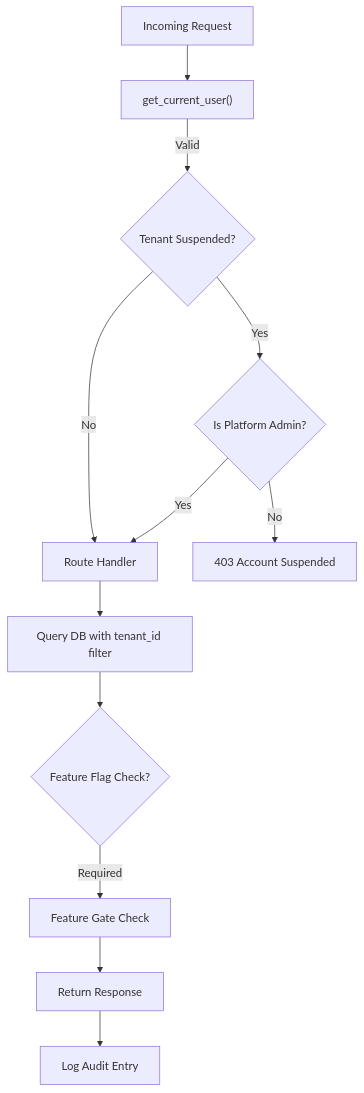
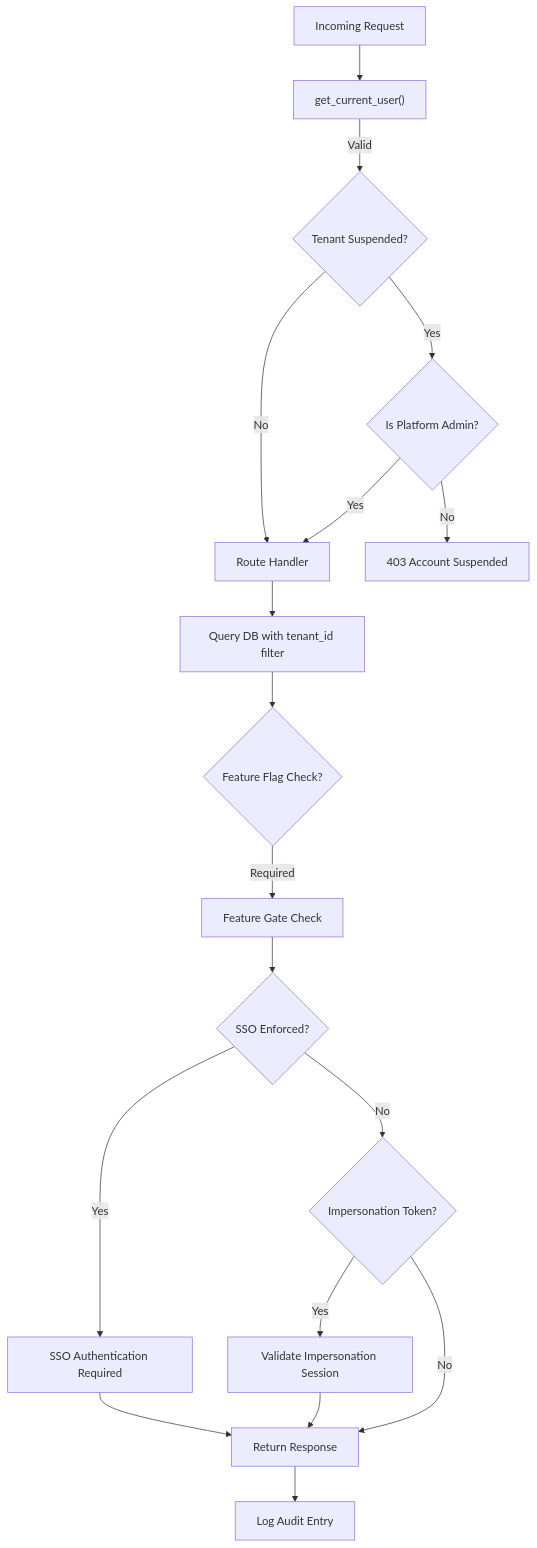
Before and after one commit to Revanththetalogics/aireume: diagram 20 of 22 in .qoder/repowiki/en/content/Multi-Tenant System/Multi-Tenant System.md, drawn with Mermaid. The commit also changed other lines of this file and 14 other files, not shown here.

````diff
--- a/.qoder/repowiki/en/content/Multi-Tenant System/Multi-Tenant System.md
+++ b/.qoder/repowiki/en/content/Multi-Tenant System/Multi-Tenant System.md
@@ -566,14 +1240,20 @@
 ```mermaid
 flowchart TD
 Req["Incoming Request"] --> Auth["get_current_user()"]
 Auth --> |Valid| CheckSuspension{"Tenant Suspended?"}
 CheckSuspension --> |Yes| CheckAdmin{"Is Platform Admin?"}
 CheckAdmin --> |Yes| Route["Route Handler"]
 CheckAdmin --> |No| Err["403 Account Suspended"]
 CheckSuspension --> |No| Route
 Route --> Q["Query DB with tenant_id filter"]
 Q --> FeatureCheck{"Feature Flag Check?"}
 FeatureCheck --> |Required| FeatureGate["Feature Gate Check"]
-FeatureGate --> Res["Return Response"]
+FeatureGate --> SSOCheck{"SSO Enforced?"}
+SSOCheck --> |Yes| SSOGuard["SSO Authentication Required"]
+SSOCheck --> |No| ImpersonationCheck{"Impersonation Token?"}
+ImpersonationCheck --> |Yes| ValidateImpersonation["Validate Impersonation Session"]
+ImpersonationCheck --> |No| Res["Return Response"]
+ValidateImpersonation --> Res
+SSOGuard --> Res
 Res --> Audit["Log Audit Entry"]
 ```
````
